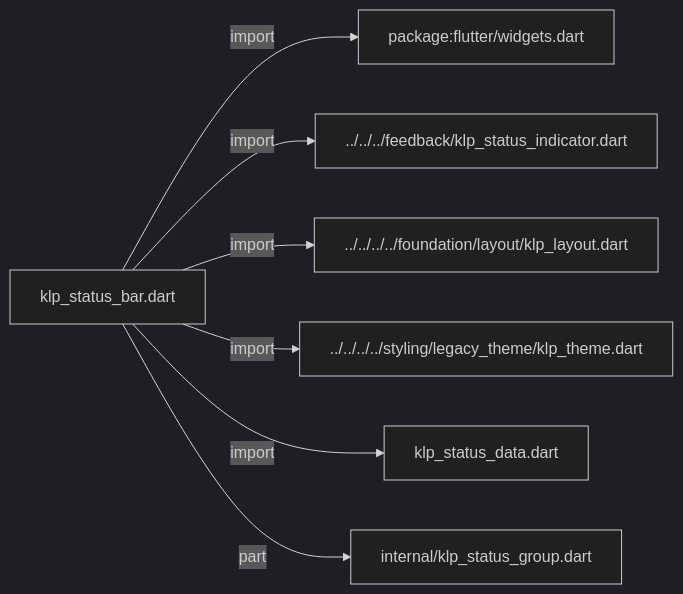
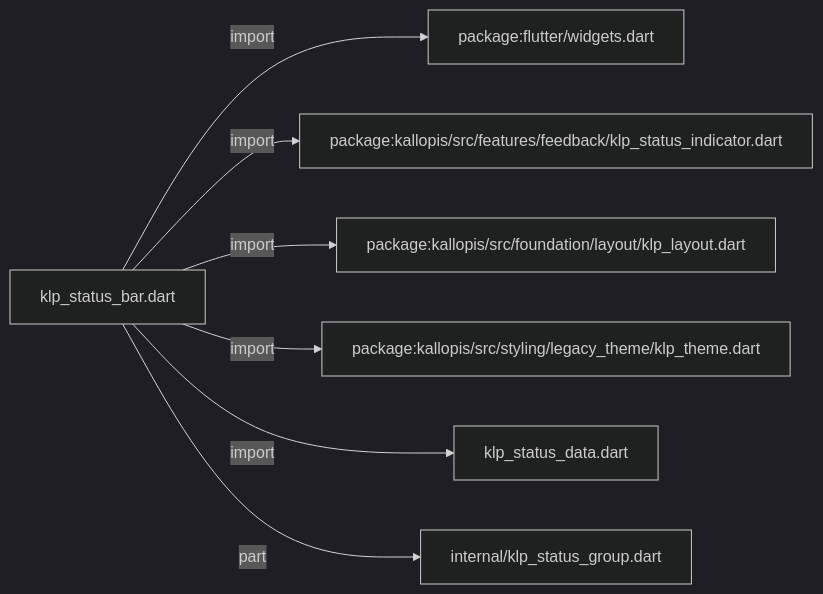
One commit to MiuDog/Kallopis changed the first of 3 diagrams in docs/architecture/src/features/workspace/shell/status/klp_status_bar.md. Above: the diagram before and after it, drawn with Mermaid (dark theme). The commit also changed other lines of this file and 9688 other files, not shown here.

Commit message:
Prepare isolated Flow F2 peer baseline

````diff
--- a/docs/architecture/src/features/workspace/shell/status/klp_status_bar.md
+++ b/docs/architecture/src/features/workspace/shell/status/klp_status_bar.md
@@ -11,16 +11,16 @@
 ```mermaid
 flowchart LR
 	n0["klp_status_bar.dart"]
 	n1["package:flutter/widgets.dart"]
-	n2["../../../feedback/klp_status_indicator.dart"]
-	n3["../../../../foundation/layout/klp_layout.dart"]
-	n4["../../../../styling/legacy_theme/klp_theme.dart"]
+	n2["package:kallopis/src/features/feedback/klp_status_indicator.dart"]
+	n3["package:kallopis/src/foundation/layout/klp_layout.dart"]
+	n4["package:kallopis/src/styling/legacy_theme/klp_theme.dart"]
 	n5["klp_status_data.dart"]
 	n6["internal/klp_status_group.dart"]
 	n0 -->|"import"| n1
 	n0 -->|"import"| n2
 	n0 -->|"import"| n3
 	n0 -->|"import"| n4
 	n0 -->|"import"| n5
 	n0 -->|"part"| n6
 ```
````
